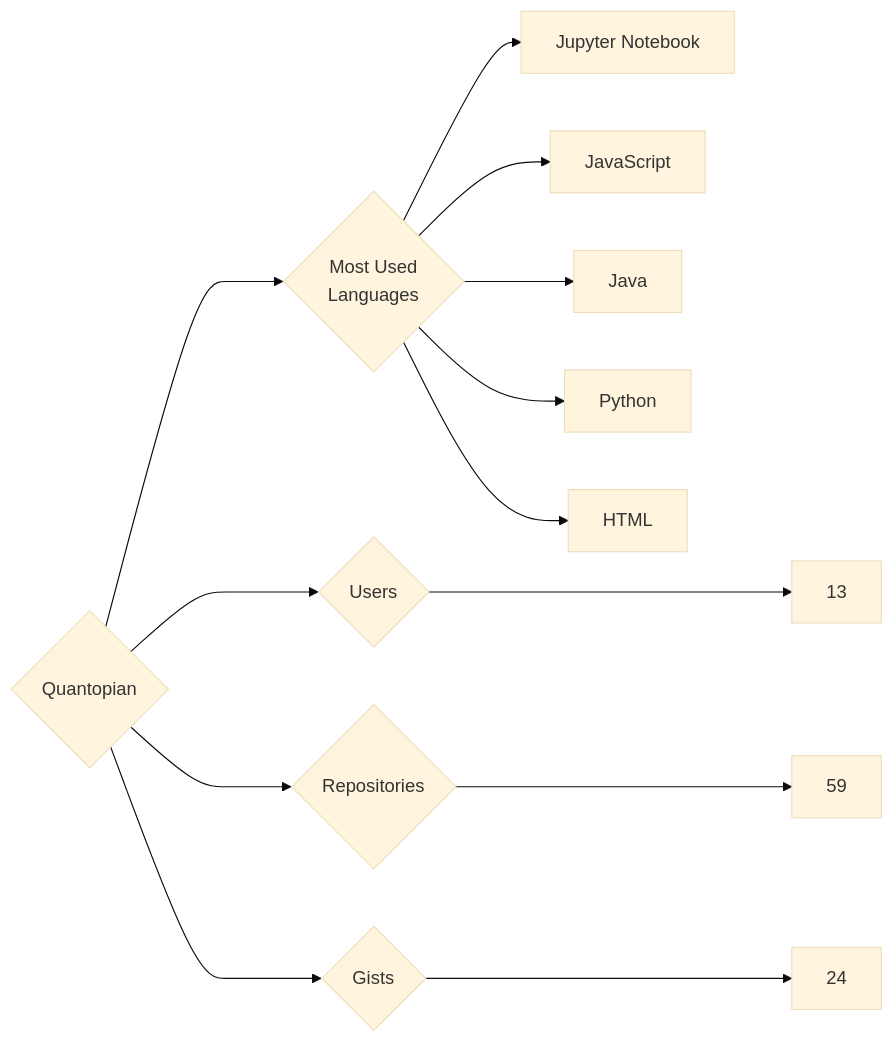
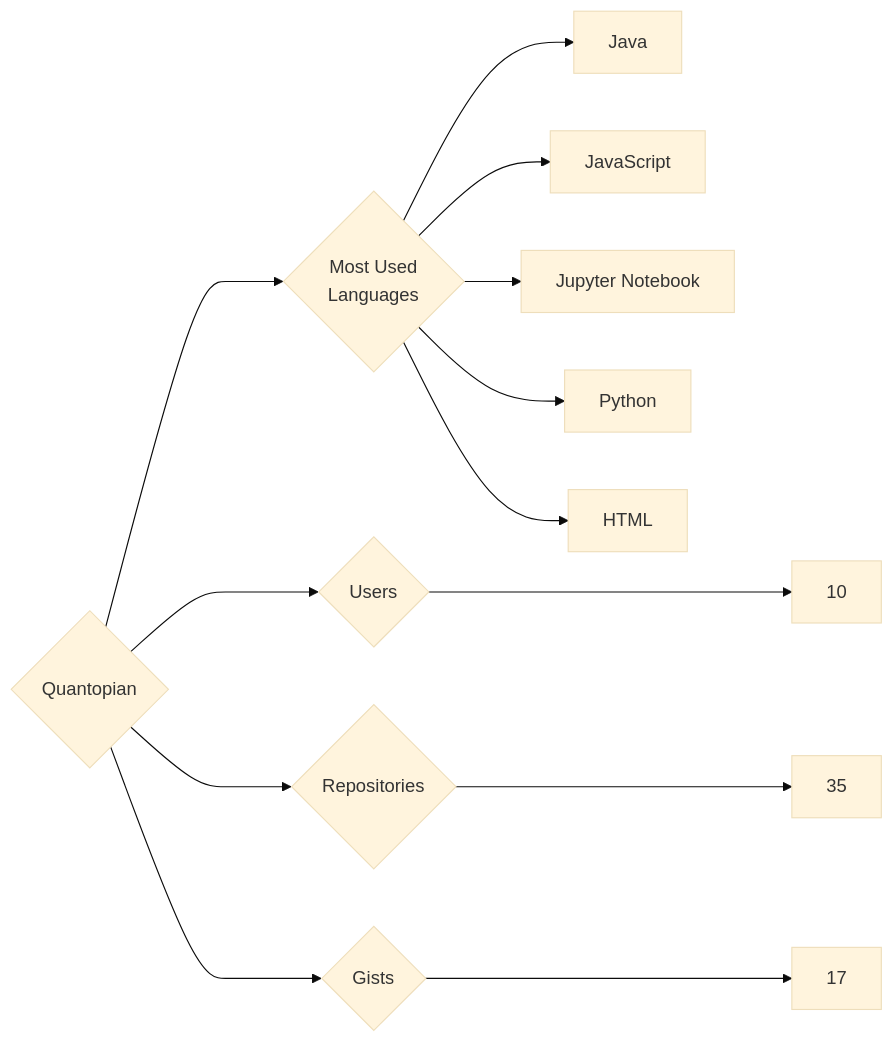
One commit to trickest/insiders changed the diagram in targets/Quantopian/README.md. Above: the diagram before and after it, drawn with Mermaid (base theme). The commit also changed 1484 other files, not shown here.

````diff
--- a/targets/Quantopian/README.md
+++ b/targets/Quantopian/README.md
@@ -3,13 +3,13 @@
 ```mermaid
 graph LR
 COMPANY_NAME{Quantopian}
-COMPANY_NAME ---> U{Users} ---> UN[13]
-COMPANY_NAME ---> R{Repositories} ---> RN[59]
-COMPANY_NAME ---> G{Gists} ---> GN[24]
+COMPANY_NAME ---> U{Users} ---> UN[10]
+COMPANY_NAME ---> R{Repositories} ---> RN[35]
+COMPANY_NAME ---> G{Gists} ---> GN[17]
 COMPANY_NAME ---> ML{Most Used<br>Languages}
+ML --> Java[Java]
+ML --> JavaScript[JavaScript]
 ML --> Jupyter_Notebook[Jupyter Notebook]
-ML --> JavaScript[JavaScript]
-ML --> Java[Java]
 ML --> Python[Python]
 ML --> HTML[HTML]
 ```
````
